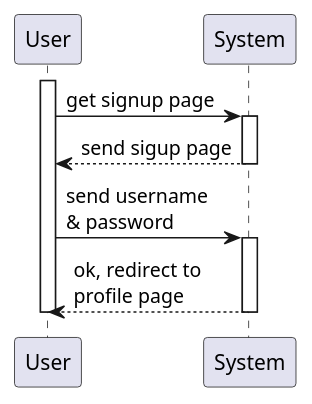
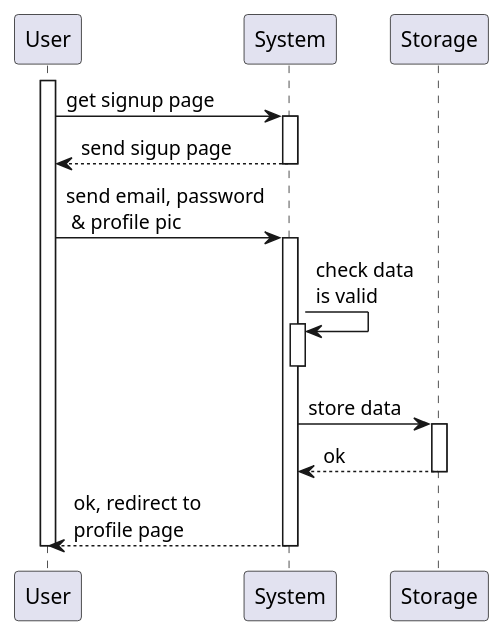
The first of 3 diagrams in RASD/materials/uml/useCases/signUp&login.wsd (GiorgioUghini/SafeStreets), drawn with PlantUML before and after one commit. The commit also changed other lines of this file and 1 other file, not shown here.

Commit message:
Update sequence diagrams

```diff
--- a/RASD/materials/uml/useCases/signUp&login.wsd
+++ b/RASD/materials/uml/useCases/signUp&login.wsd
@@ -1,13 +1,18 @@
 @startuml Sign Up
     autoactivate on
 
     participant User as U
     participant System as S
+    participant Storage as ST
 
     activate U
     U -> S: get signup page
     return send sigup page
-    U -> S: send username\n& password
+    U -> S: send email, password\n & profile pic
+    S -> S: check data\nis valid
+    deactivate S
+    S -> ST: store data
+    return ok
     return ok, redirect to\nprofile page
     deactivate U
 @enduml
```
